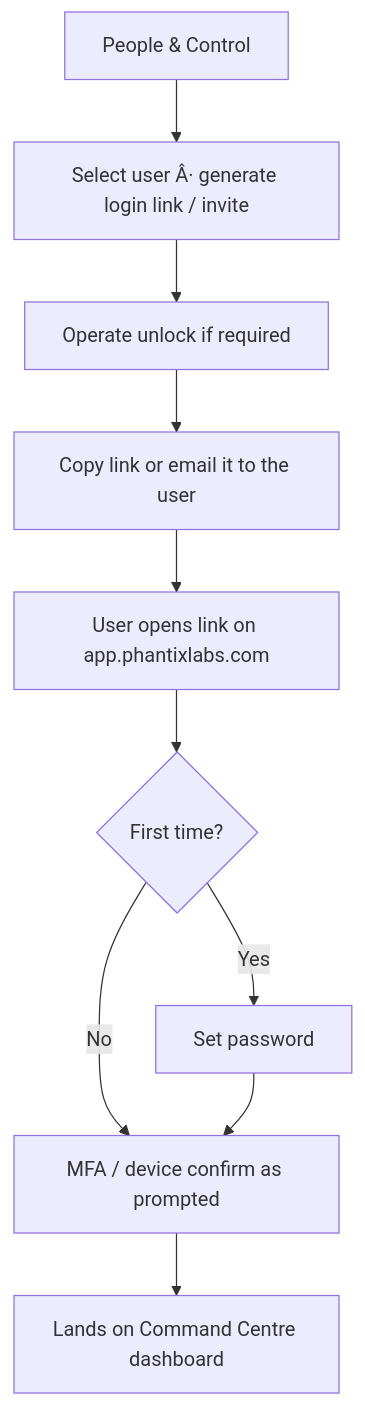
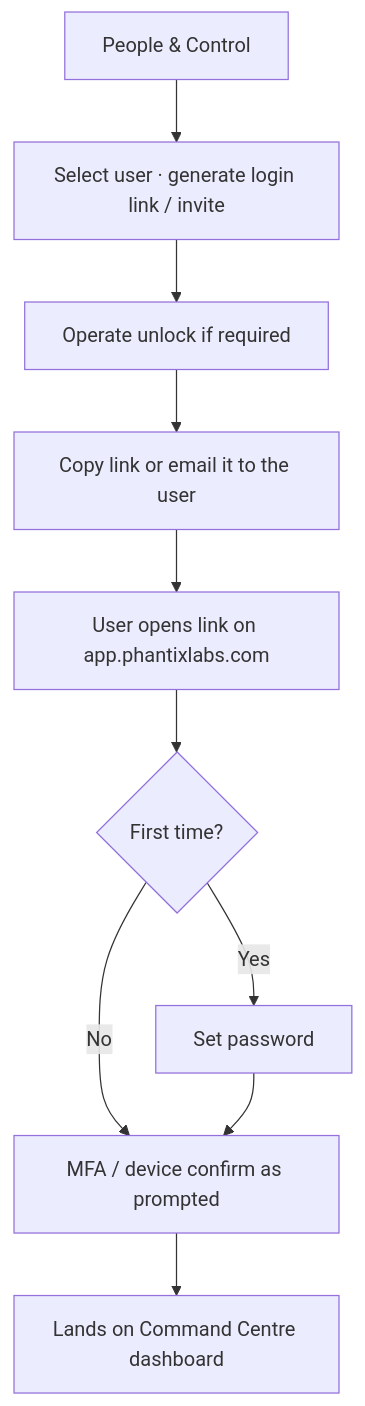
Before and after one commit to Phantom-Fort/Phantix-Frontend: the diagram in docs/how-to/platform/05-issue-app-login-link.md, drawn with Mermaid. The commit also changed other lines of this file and 100 other files, not shown here.

````diff
--- a/docs/how-to/platform/05-issue-app-login-link.md
+++ b/docs/how-to/platform/05-issue-app-login-link.md
@@ -10,12 +10,12 @@
 ```mermaid
 flowchart TD
-  A[People & Control] --> B[Select user Â· generate login link / invite]
+  A[People & Control] --> B[Select user · generate login link / invite]
   B --> C[Operate unlock if required]
   C --> D[Copy link or email it to the user]
   D --> E[User opens link on app.phantixlabs.com]
   E --> F{First time?}
   F -->|Yes| G[Set password]
   F -->|No| H[MFA / device confirm as prompted]
   G --> H
   H --> I[Lands on Command Centre dashboard]
 ```
````
